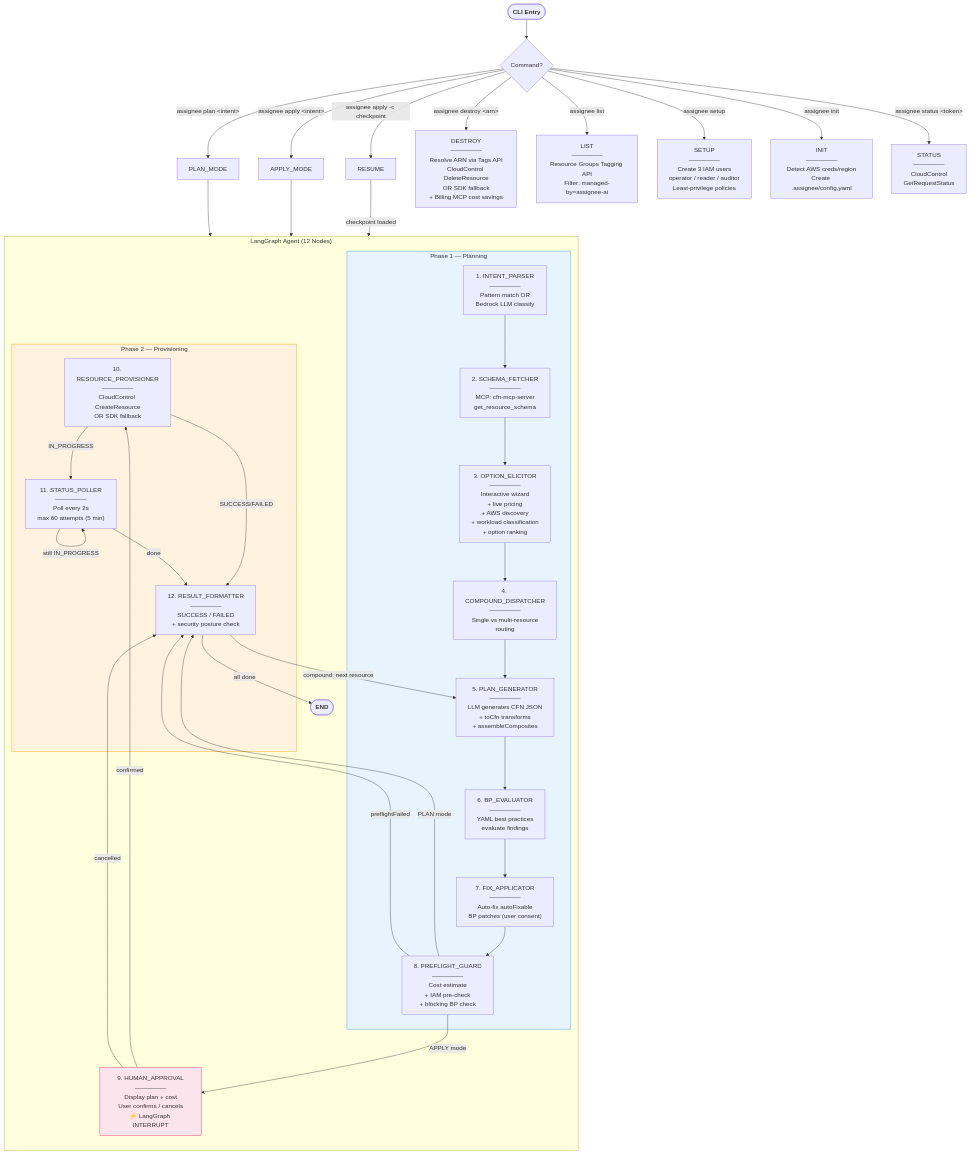
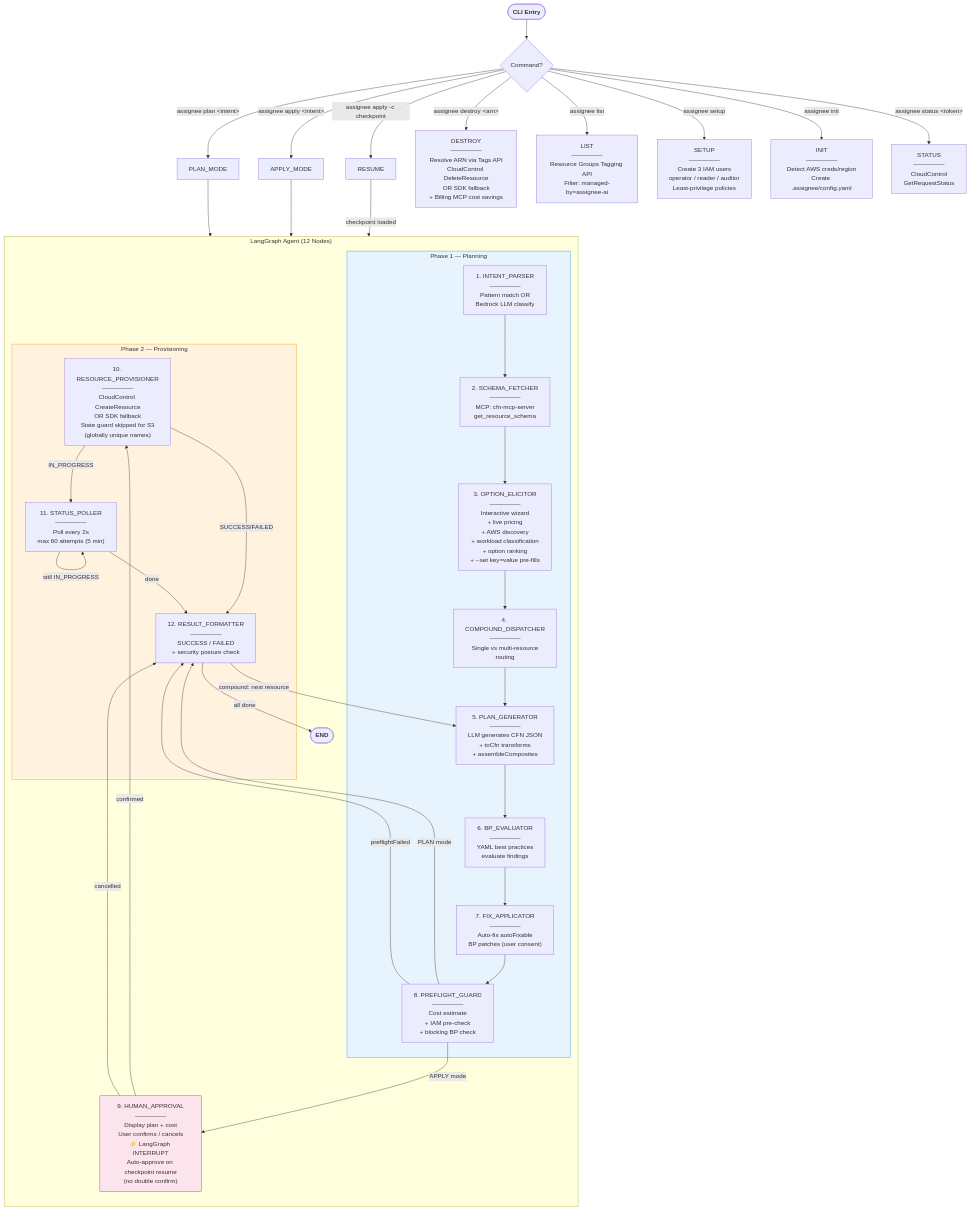
The first of 10 diagrams in docs/architecture-flows.md (SergSlon/assignee-ai), drawn with Mermaid before and after one commit. The commit also changed 7 other files, not shown here.

````diff
--- a/docs/architecture-flows.md
+++ b/docs/architecture-flows.md
@@ -11,70 +11,70 @@
 ```mermaid
 flowchart TD
     START(["`**CLI Entry**`"]) --> CMD{Command?}
 
     CMD -->|"assignee plan &lt;intent&gt;"| PLAN_MODE
     CMD -->|"assignee apply &lt;intent&gt;"| APPLY_MODE
     CMD -->|"assignee apply -c checkpoint"| RESUME
     CMD -->|"assignee destroy &lt;arn&gt;"| DESTROY
     CMD -->|"assignee list"| LIST
     CMD -->|"assignee setup"| SETUP
     CMD -->|"assignee init"| INIT
     CMD -->|"assignee status &lt;token&gt;"| STATUS
 
     subgraph GRAPH["LangGraph Agent (12 Nodes)"]
         direction TB
 
         subgraph PHASE1["Phase 1 — Planning"]
             IP["1. INTENT_PARSER<br/>—————<br/>Pattern match OR<br/>Bedrock LLM classify"]
             SF["2. SCHEMA_FETCHER<br/>—————<br/>MCP: cfn-mcp-server<br/>get_resource_schema"]
-            OE["3. OPTION_ELICITOR<br/>—————<br/>Interactive wizard<br/>+ live pricing<br/>+ AWS discovery<br/>+ workload classification<br/>+ option ranking"]
+            OE["3. OPTION_ELICITOR<br/>—————<br/>Interactive wizard<br/>+ live pricing<br/>+ AWS discovery<br/>+ workload classification<br/>+ option ranking<br/>+ --set key=value pre-fills"]
             CD["4. COMPOUND_DISPATCHER<br/>—————<br/>Single vs multi-resource<br/>routing"]
             PG["5. PLAN_GENERATOR<br/>—————<br/>LLM generates CFN JSON<br/>+ toCfn transforms<br/>+ assembleComposites"]
             BP["6. BP_EVALUATOR<br/>—————<br/>YAML best practices<br/>evaluate findings"]
             FA["7. FIX_APPLICATOR<br/>—————<br/>Auto-fix autoFixable<br/>BP patches (user consent)"]
             PF["8. PREFLIGHT_GUARD<br/>—————<br/>Cost estimate<br/>+ IAM pre-check<br/>+ blocking BP check"]
         end
 
-        HA["9. HUMAN_APPROVAL<br/>—————<br/>Display plan + cost<br/>User confirms / cancels<br/>⚡ LangGraph INTERRUPT"]
+        HA["9. HUMAN_APPROVAL<br/>—————<br/>Display plan + cost<br/>User confirms / cancels<br/>⚡ LangGraph INTERRUPT<br/>Auto-approve on checkpoint resume<br/>(no double confirm)"]
 
         subgraph PHASE2["Phase 2 — Provisioning"]
-            RP["10. RESOURCE_PROVISIONER<br/>—————<br/>CloudControl CreateResource<br/>OR SDK fallback"]
+            RP["10. RESOURCE_PROVISIONER<br/>—————<br/>CloudControl CreateResource<br/>OR SDK fallback<br/>State guard skipped for S3<br/>(globally unique names)"]
             SP["11. STATUS_POLLER<br/>—————<br/>Poll every 2s<br/>max 60 attempts (5 min)"]
             RF["12. RESULT_FORMATTER<br/>—————<br/>SUCCESS / FAILED<br/>+ security posture check"]
         end
 
         IP --> SF --> OE --> CD --> PG --> BP --> FA --> PF
 
         PF -->|"PLAN mode"| RF
         PF -->|"APPLY mode"| HA
         PF -->|"preflightFailed"| RF
 
         HA -->|"confirmed"| RP
         HA -->|"cancelled"| RF
 
         RP -->|"IN_PROGRESS"| SP
         RP -->|"SUCCESS/FAILED"| RF
 
         SP -->|"still IN_PROGRESS"| SP
         SP -->|"done"| RF
 
         RF -->|"compound: next resource"| PG
         RF -->|"all done"| DONE
     end
 
     PLAN_MODE --> IP
     APPLY_MODE --> IP
     RESUME -->|"checkpoint loaded"| HA
 
     DESTROY["DESTROY<br/>—————<br/>Resolve ARN via Tags API<br/>CloudControl DeleteResource<br/>OR SDK fallback<br/>+ Billing MCP cost savings"]
     LIST["LIST<br/>—————<br/>Resource Groups Tagging API<br/>Filter: managed-by=assignee-ai"]
     SETUP["SETUP<br/>—————<br/>Create 3 IAM users<br/>operator / reader / auditor<br/>Least-privilege policies"]
     INIT["INIT<br/>—————<br/>Detect AWS creds/region<br/>Create .assignee/config.yaml"]
     STATUS["STATUS<br/>—————<br/>CloudControl<br/>GetRequestStatus"]
 
     DONE(["`**END**`"])
 
     style PHASE1 fill:#e8f4fd,stroke:#2196F3
     style PHASE2 fill:#fff3e0,stroke:#FF9800
     style HA fill:#fce4ec,stroke:#E91E63
 ```
````
